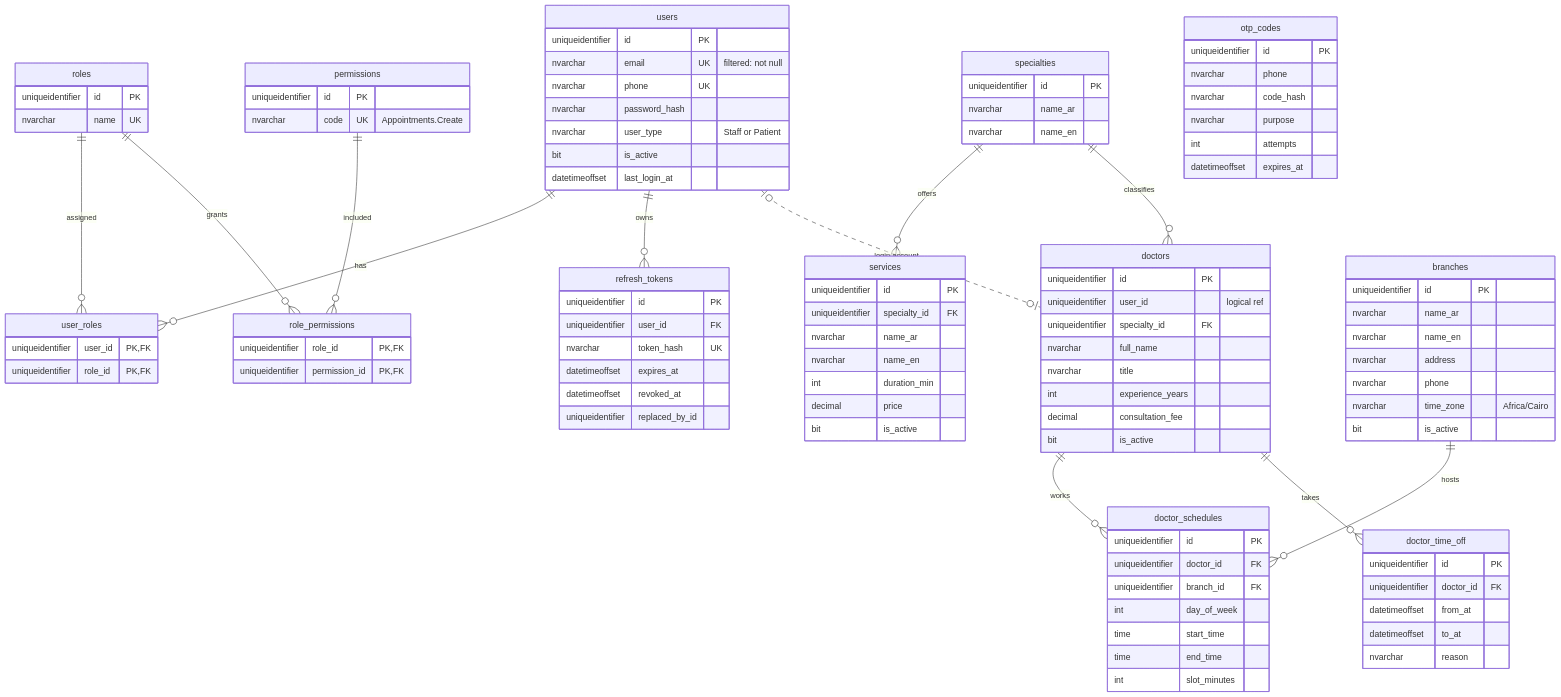
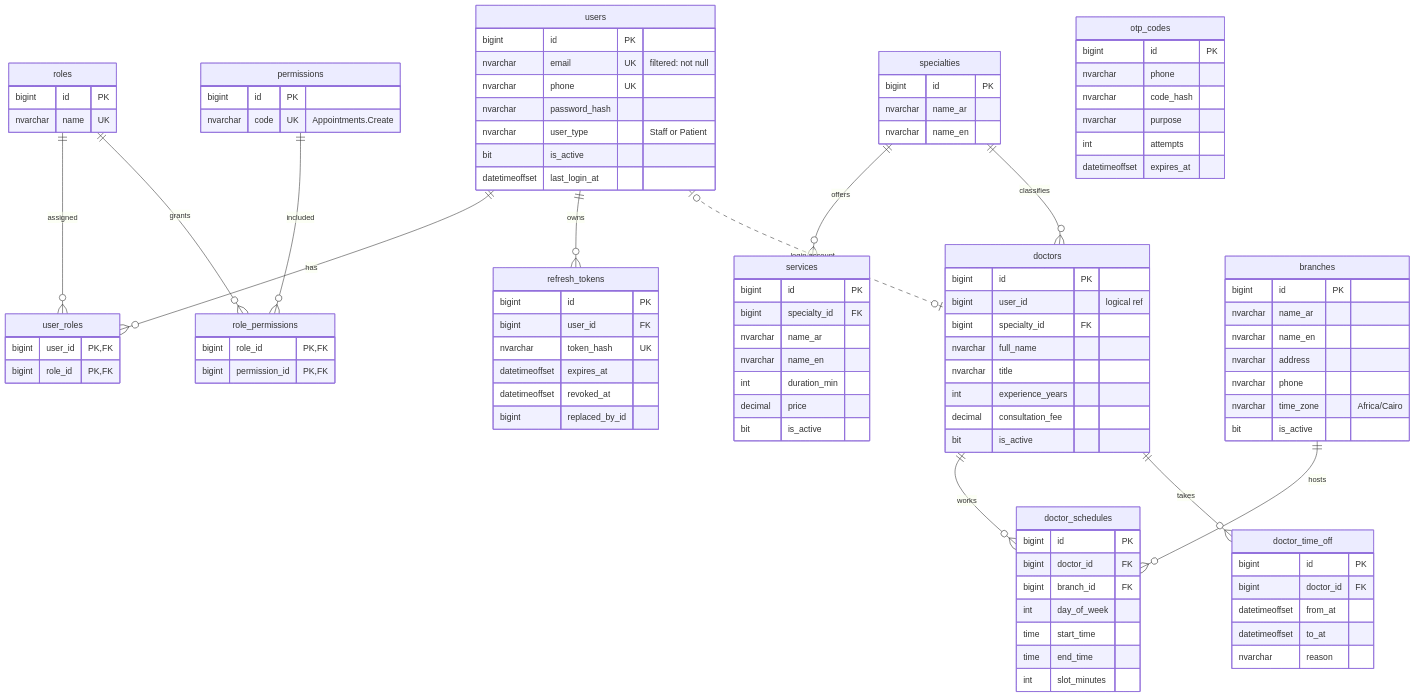
The first of 3 diagrams in docs/erd.md (mohameabdelsalm/shifa-clinic), drawn with Mermaid before and after one commit. The commit also changed other lines of this file and 6 other files, not shown here.

```diff
--- a/docs/erd.md
+++ b/docs/erd.md
@@ -25,7 +25,7 @@
   doctors ||--o{ doctor_time_off : takes
   users |o..o| doctors : "login account"
   users {
-    uniqueidentifier id PK
+    bigint id PK
     nvarchar email UK "filtered: not null"
     nvarchar phone UK
     nvarchar password_hash
@@ -34,31 +34,31 @@
     datetimeoffset last_login_at
   }
   roles {
-    uniqueidentifier id PK
+    bigint id PK
     nvarchar name UK
   }
   permissions {
-    uniqueidentifier id PK
+    bigint id PK
     nvarchar code UK "Appointments.Create"
   }
   user_roles {
-    uniqueidentifier user_id PK, FK
-    uniqueidentifier role_id PK, FK
+    bigint user_id PK, FK
+    bigint role_id PK, FK
   }
   role_permissions {
-    uniqueidentifier role_id PK, FK
-    uniqueidentifier permission_id PK, FK
+    bigint role_id PK, FK
+    bigint permission_id PK, FK
   }
   refresh_tokens {
-    uniqueidentifier id PK
-    uniqueidentifier user_id FK
+    bigint id PK
+    bigint user_id FK
     nvarchar token_hash UK
     datetimeoffset expires_at
     datetimeoffset revoked_at
-    uniqueidentifier replaced_by_id
+    bigint replaced_by_id
   }
   otp_codes {
-    uniqueidentifier id PK
+    bigint id PK
     nvarchar phone
     nvarchar code_hash
     nvarchar purpose
@@ -66,7 +66,7 @@
     datetimeoffset expires_at
   }
   branches {
-    uniqueidentifier id PK
+    bigint id PK
     nvarchar name_ar
     nvarchar name_en
     nvarchar address
@@ -75,13 +75,13 @@
     bit is_active
   }
   specialties {
-    uniqueidentifier id PK
+    bigint id PK
     nvarchar name_ar
     nvarchar name_en
   }
   services {
-    uniqueidentifier id PK
-    uniqueidentifier specialty_id FK
+    bigint id PK
+    bigint specialty_id FK
     nvarchar name_ar
     nvarchar name_en
     int duration_min
@@ -89,9 +89,9 @@
     bit is_active
   }
   doctors {
-    uniqueidentifier id PK
-    uniqueidentifier user_id "logical ref"
-    uniqueidentifier specialty_id FK
+    bigint id PK
+    bigint user_id "logical ref"
+    bigint specialty_id FK
     nvarchar full_name
     nvarchar title
     int experience_years
@@ -99,17 +99,17 @@
     bit is_active
   }
   doctor_schedules {
-    uniqueidentifier id PK
-    uniqueidentifier doctor_id FK
-    uniqueidentifier branch_id FK
+    bigint id PK
+    bigint doctor_id FK
+    bigint branch_id FK
     int day_of_week
     time start_time
     time end_time
     int slot_minutes
   }
   doctor_time_off {
-    uniqueidentifier id PK
-    uniqueidentifier doctor_id FK
+    bigint id PK
+    bigint doctor_id FK
     datetimeoffset from_at
     datetimeoffset to_at
     nvarchar reason
```
